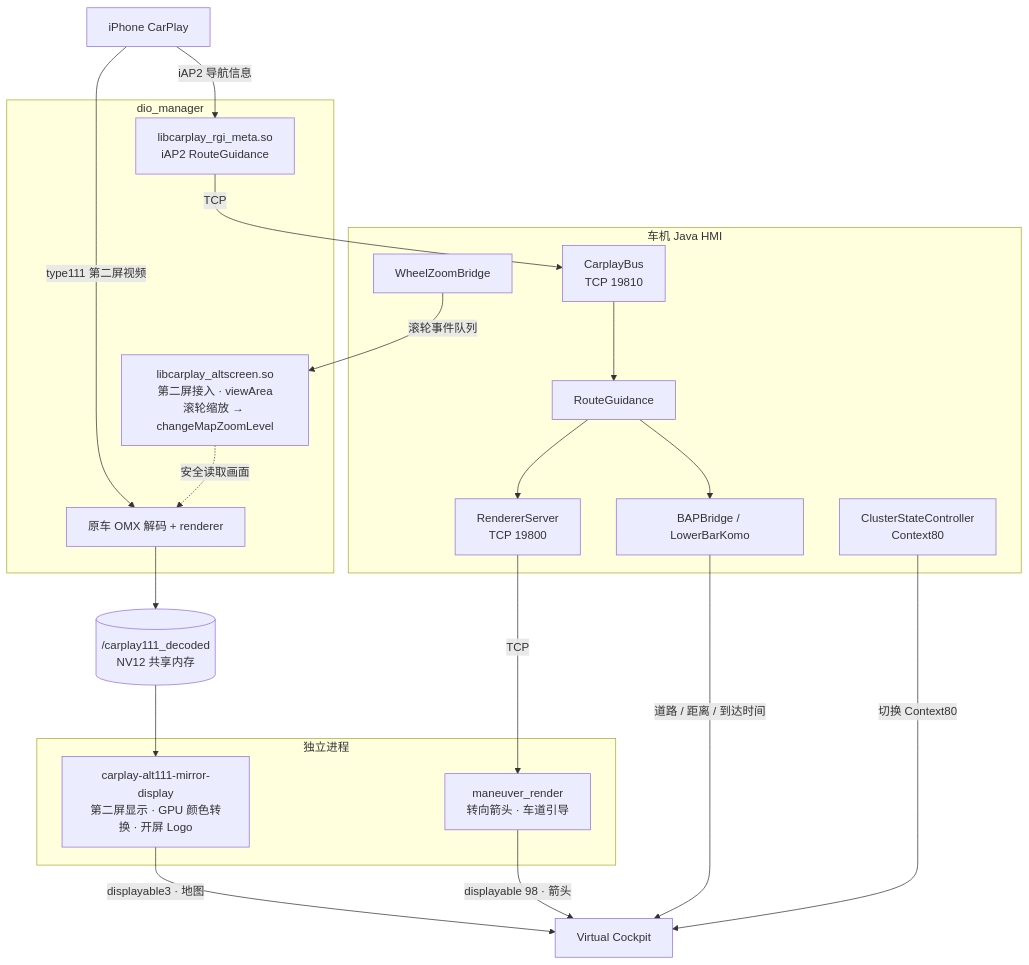
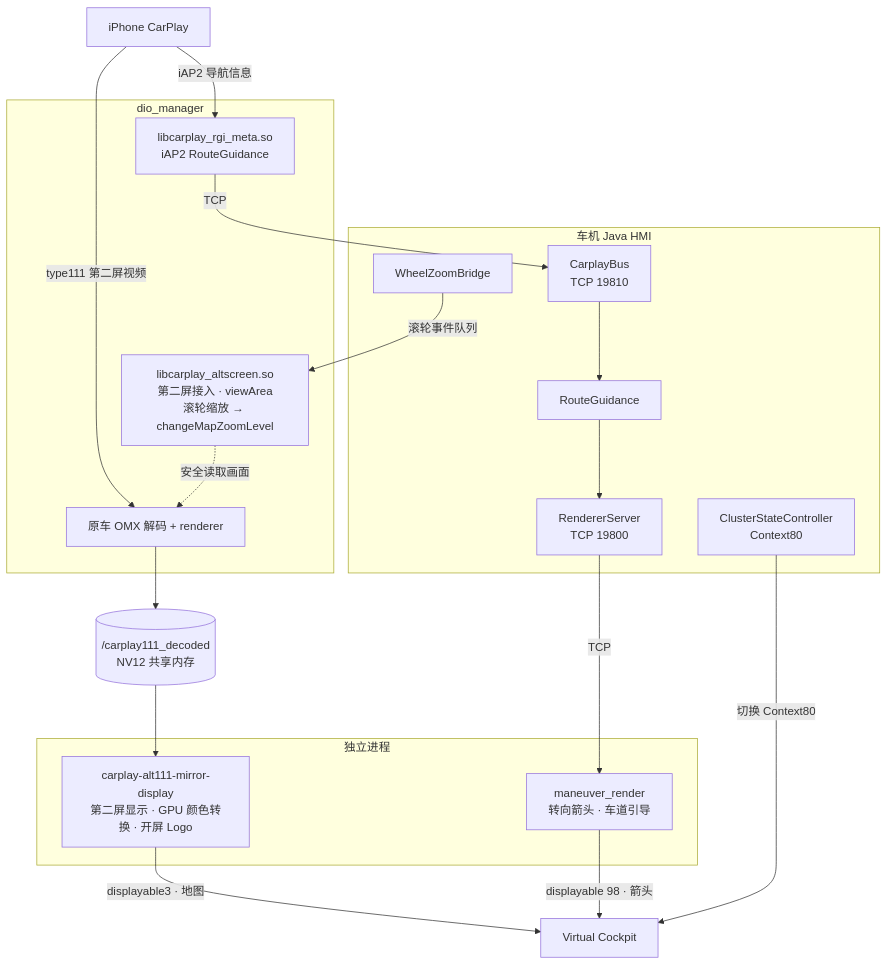
One commit to yuedizhibo/MHI2Q-CarPlay-AltScreen changed the diagram in README.md. Above: the diagram before and after it, drawn with Mermaid. The commit also changed other lines of this file and 1 other file, not shown here.

````diff
--- a/README.md
+++ b/README.md
@@ -91,41 +90,38 @@
 ```mermaid
 flowchart TB
     iPhone["iPhone CarPlay"]
 
     subgraph DIO["dio_manager"]
         OMX["原车 OMX 解码 + renderer"]
         ALT["libcarplay_altscreen.so<br/>第二屏接入 · viewArea<br/>滚轮缩放 → changeMapZoomLevel"]
         RGIM["libcarplay_rgi_meta.so<br/>iAP2 RouteGuidance"]
     end
 
     SHM[("/carplay111_decoded<br/>NV12 共享内存")]
 
     subgraph HMI["车机 Java HMI"]
         BUS["CarplayBus<br/>TCP 19810"]
         RG["RouteGuidance"]
-        BAP["BAPBridge / LowerBarKomo"]
         RS["RendererServer<br/>TCP 19800"]
         CSC["ClusterStateController<br/>Context80"]
         WZ["WheelZoomBridge"]
     end
 
     subgraph SIDE["独立进程"]
         MIR["carplay-alt111-mirror-display<br/>第二屏显示 · GPU 颜色转换 · 开屏 Logo"]
         MR["maneuver_render<br/>转向箭头 · 车道引导"]
     end
 
     VC["Virtual Cockpit"]
 
     iPhone -- "type111 第二屏视频" --> OMX
     iPhone -- "iAP2 导航信息" --> RGIM
     ALT -. "安全读取画面" .-> OMX
     OMX --> SHM --> MIR
     RGIM -- "TCP" --> BUS --> RG
-    RG --> BAP
     RG --> RS -- "TCP" --> MR
     WZ -- "滚轮事件队列" --> ALT
     MIR -- "displayable3 · 地图" --> VC
     MR -- "displayable 98 · 箭头" --> VC
-    BAP -- "道路 / 距离 / 到达时间" --> VC
     CSC -- "切换 Context80" --> VC
 ```
````
